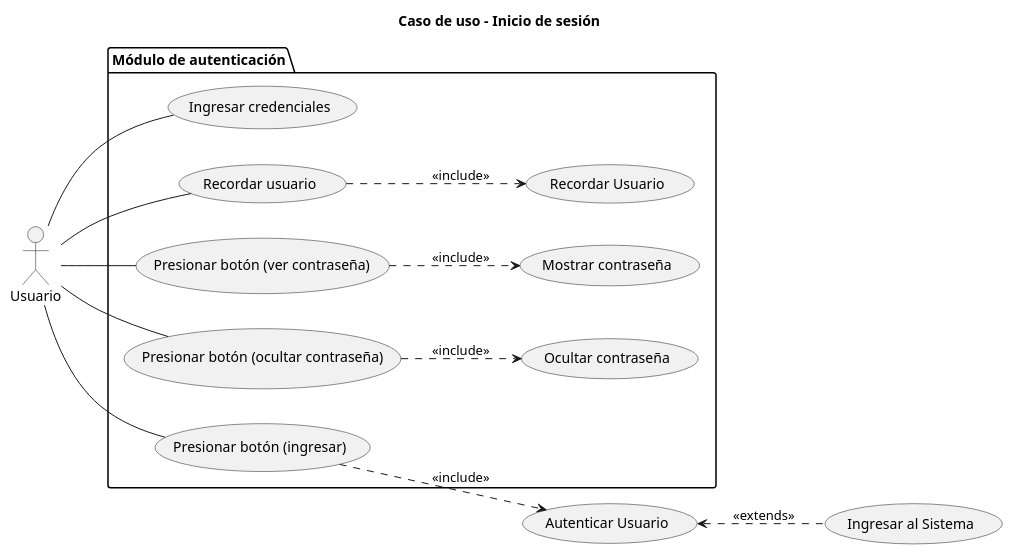
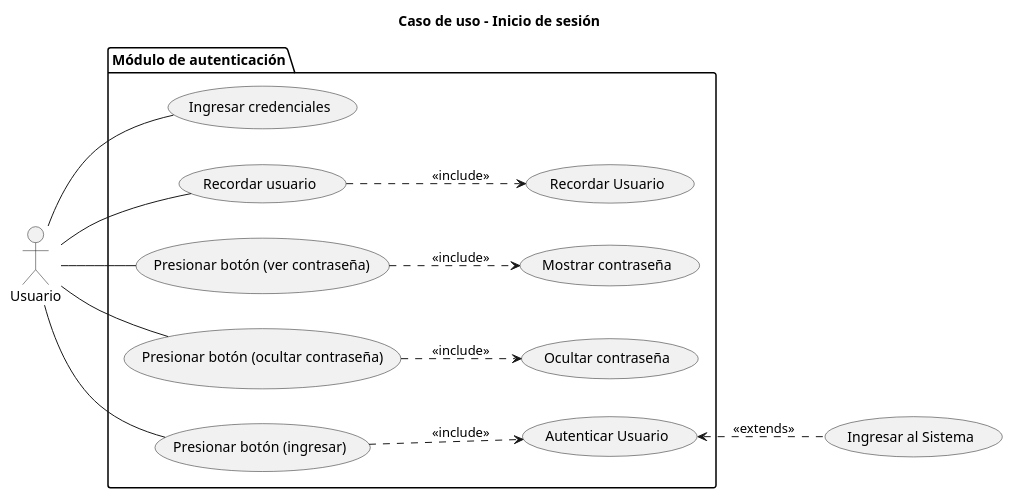
The diagram in docs/Use Cases - Rev 1/CU - 2 - Inicio de Sesión.plantuml (JuanVicGT/Responsabilidades), drawn with PlantUML before and after one commit. The commit also changed 50 other files, not shown here.

Commit message:
[📝update] Actualización de diagramas - caso de uso de creación de usuario - otros progreso aún

```diff
--- a/docs/Use Cases - Rev 1/CU - 2 - Inicio de Sesión.plantuml
+++ b/docs/Use Cases - Rev 1/CU - 2 - Inicio de Sesión.plantuml
@@ -1,41 +1,41 @@
 @startuml "CU - 2 - Inicio de sesión"
 
 left to right direction
 
 /'======== Título ========'/
 title "Caso de uso - Inicio de sesión"
 
 /' === Sección de actores === '/
 actor Usuario as user
 
 /' === Sección de elementos === '/
 package "Módulo de autenticación" {
     usecase "Ingresar credenciales" as _write
     usecase "Recordar usuario" as _remember
     usecase "Presionar botón (ver contraseña)" as _show_password
     usecase "Presionar botón (ocultar contraseña)" as _hide_password
     usecase "Presionar botón (ingresar)" as _login
 
     (Recordar Usuario) as remember
     (Mostrar contraseña) as show_password
     (Ocultar contraseña) as hide_password
+    (Autenticar Usuario) as auth
 }
 
-(Autenticar Usuario) as auth
 (Ingresar al Sistema) as login
 
 /' === Sección de Relaciones === '/
 user -- _write
 user -- _remember
 user -- _show_password
 user -- _hide_password
 user -- _login
 
 _remember ..> remember : <<include>>
 _show_password ..> show_password : <<include>>
 _hide_password ..> hide_password : <<include>>
 
 _login ..> auth : <<include>>
 auth <.. login : <<extends>>
 
 @enduml
```
